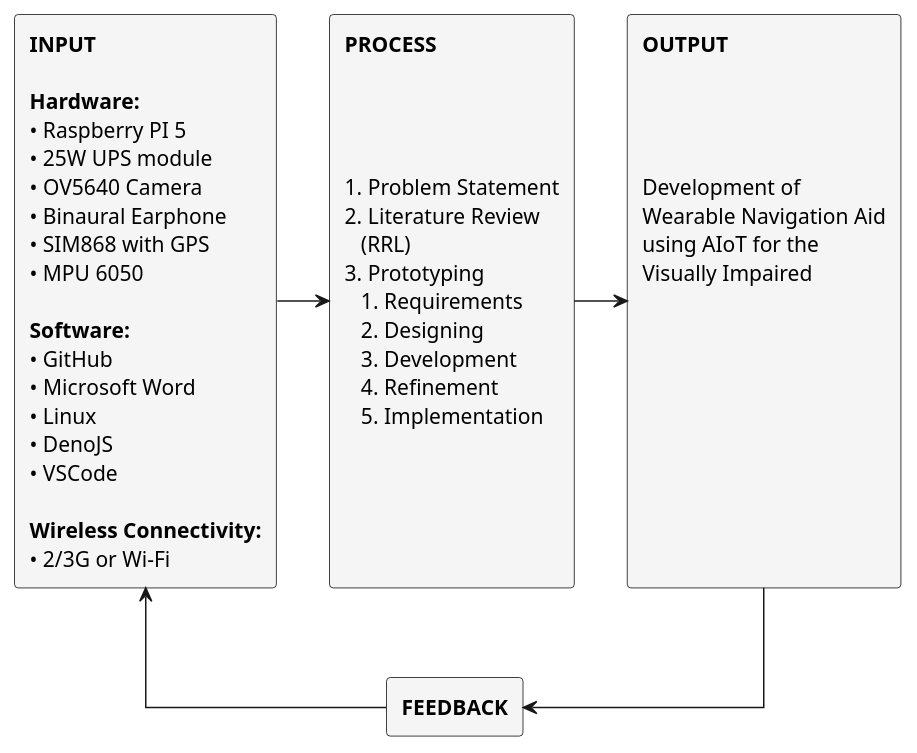
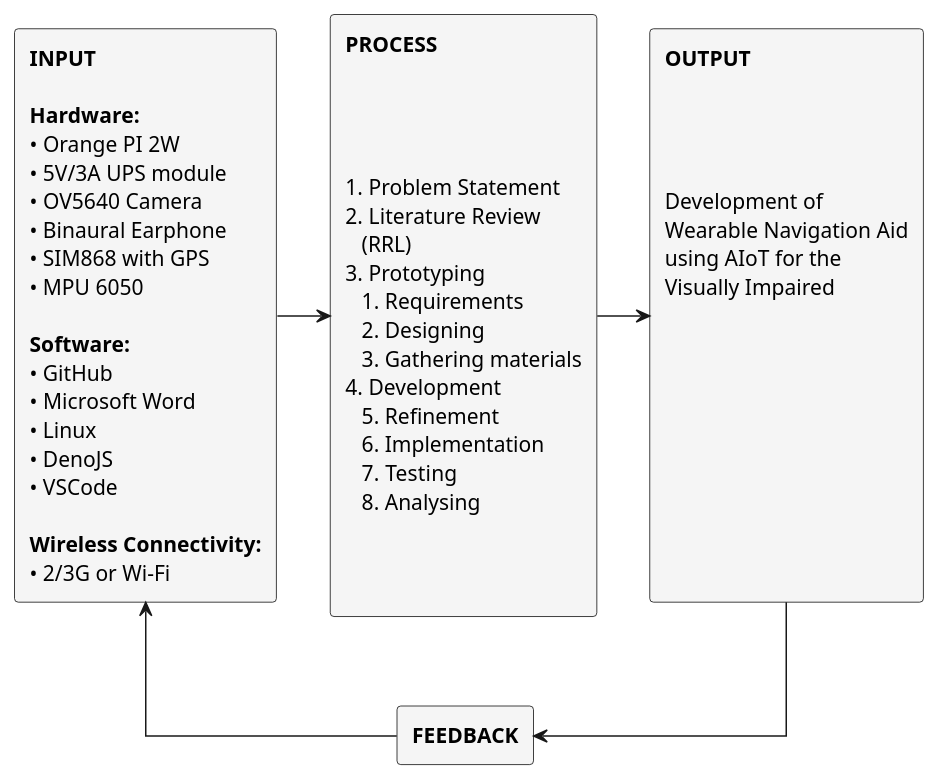
The diagram in paper/build/uml-1.puml (jasouzax/thesis), drawn with PlantUML before and after one commit. The commit also changed 32 other files, not shown here.

```diff
--- a/paper/build/uml-1.puml
+++ b/paper/build/uml-1.puml
@@ -1,20 +1,20 @@
         @startuml
         skinparam rectangle {
             BackgroundColor WhiteSmoke
             BorderColor Black
         }
         skinparam linetype ortho
 
-        rectangle "<size:14><b>INPUT</b></size>\n\n<b>Hardware:</b>\n• Raspberry PI 5\n• 25W UPS module\n• OV5640 Camera\n• Binaural Earphone\n• SIM868 with GPS\n• MPU 6050\n\n<b>Software:</b>\n• GitHub\n• Microsoft Word\n• Linux\n• DenoJS\n• VSCode\n\n<b>Wireless Connectivity:</b>\n• 2/3G or Wi-Fi" as input #WhiteSmoke
+        rectangle "<size:14><b>INPUT</b></size>\n\n<b>Hardware:</b>\n• Orange PI 2W\n• 5V/3A UPS module\n• OV5640 Camera\n• Binaural Earphone\n• SIM868 with GPS\n• MPU 6050\n\n<b>Software:</b>\n• GitHub\n• Microsoft Word\n• Linux\n• DenoJS\n• VSCode\n\n<b>Wireless Connectivity:</b>\n• 2/3G or Wi-Fi" as input #WhiteSmoke
 
-        rectangle "<size:14><b>PROCESS</b></size>\n\n\n\n\n1. Problem Statement\n2. Literature Review\n   (RRL)\n3. Prototyping\n   1. Requirements\n   2. Designing\n   3. Development\n   4. Refinement\n   5. Implementation\n\n\n\n\n" as process #WhiteSmoke
+        rectangle "<size:14><b>PROCESS</b></size>\n\n\n\n\n1. Problem Statement\n2. Literature Review\n   (RRL)\n3. Prototyping\n   1. Requirements\n   2. Designing\n   3. Gathering materials\n4. Development\n   5. Refinement\n   6. Implementation\n   7. Testing\n   8. Analysing\n\n\n" as process #WhiteSmoke
 
         rectangle "<size:14><b>OUTPUT</b></size>\n\n\n\n\nDevelopment of\nWearable Navigation Aid\nusing AIoT for the\nVisually Impaired\n\n\n\n\n\n\n\n\n\n" as output #WhiteSmoke
 
         rectangle "<size:14><b>FEEDBACK</b></size>" as feedback #WhiteSmoke
 
         input -right-> process
         process -right-> output
         output -down-> feedback
         feedback -left-> input
         @enduml
```
